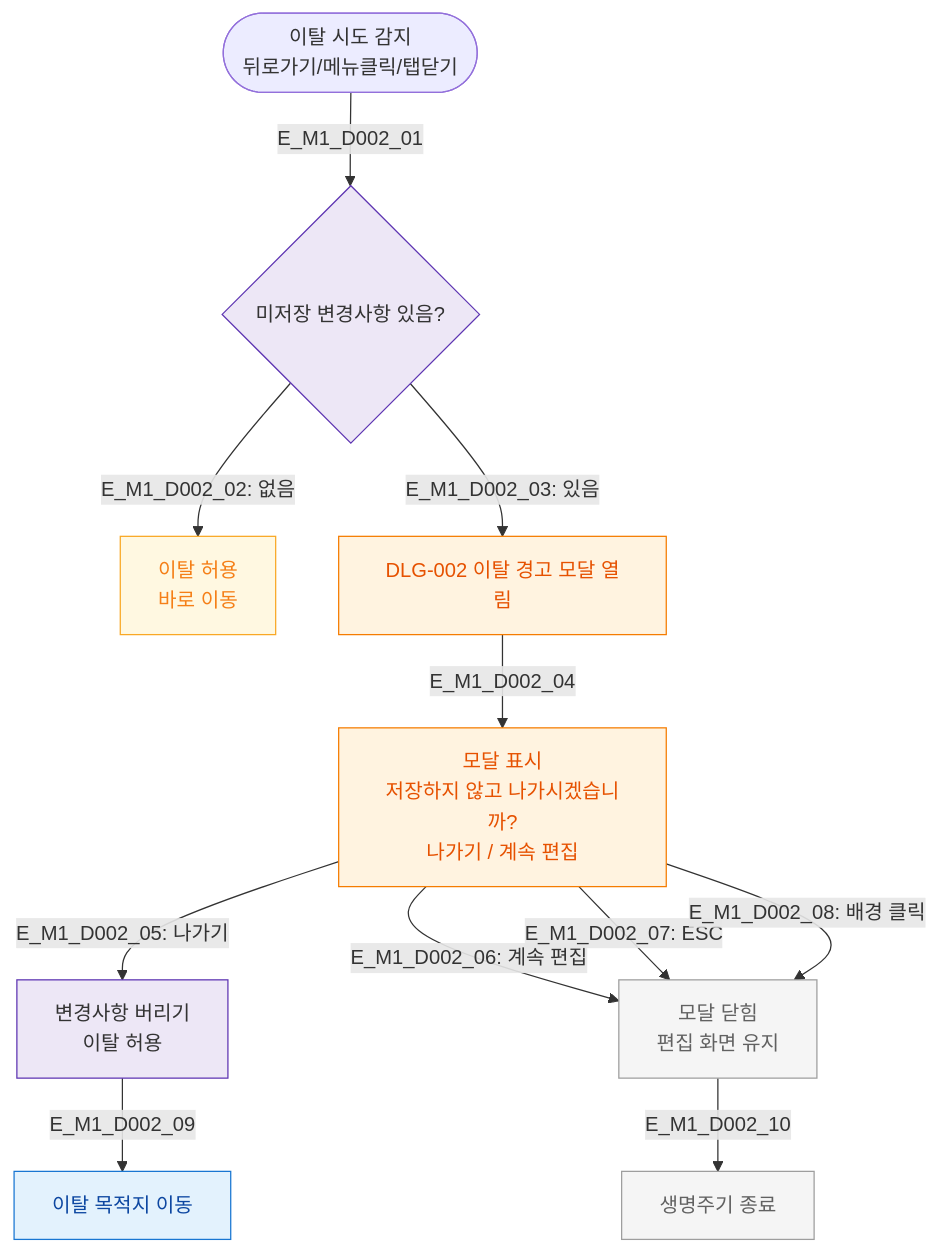
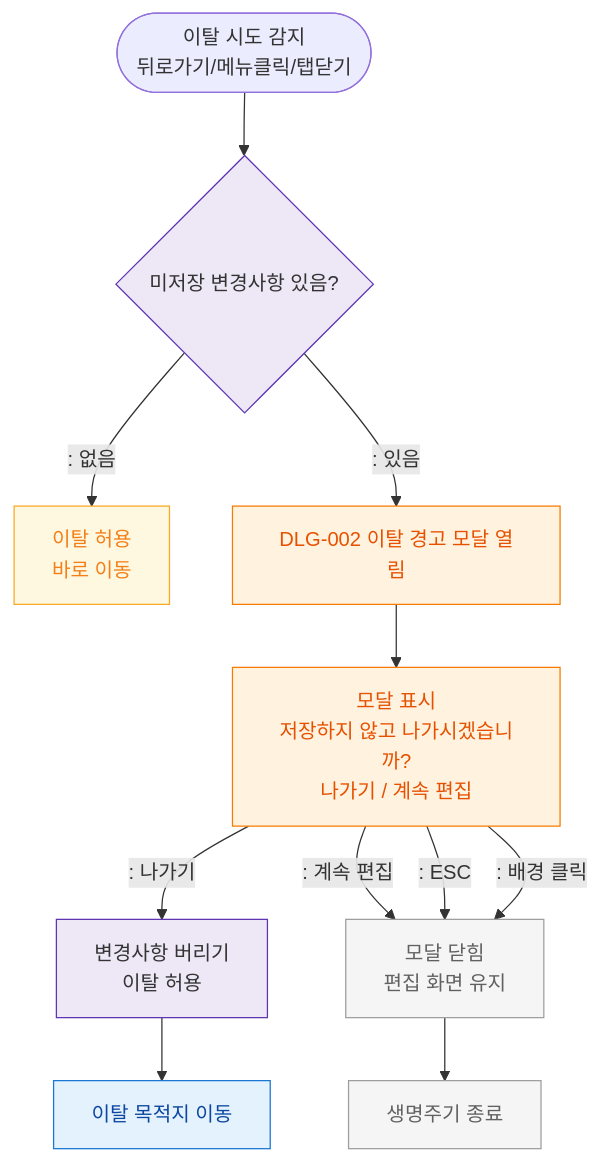
One commit to dev-spogym/admin-pando changed the diagram in docs/다이어그램/D01_공통/DLG/DLG-002_이탈경고/M1_생명주기.md. Above: the diagram before and after it, drawn with Mermaid. The commit also changed other lines of this file and 1660 other files, not shown here.

First line of the commit message:
다이어그램: 기획자/클라이언트 납품본으로 정리

````diff
--- a/docs/다이어그램/D01_공통/DLG/DLG-002_이탈경고/M1_생명주기.md
+++ b/docs/다이어그램/D01_공통/DLG/DLG-002_이탈경고/M1_생명주기.md
@@ -19,28 +17,28 @@
 ```mermaid
 flowchart TD
-    TRIGGER([이탈 시도 감지\n뒤로가기/메뉴클릭/탭닫기]) -->|E_M1_D002_01| DIRTY_CHECK{미저장 변경사항 있음?}
+    TRIGGER([이탈 시도 감지\n뒤로가기/메뉴클릭/탭닫기]) --> DIRTY_CHECK{미저장 변경사항 있음?}
 
-    DIRTY_CHECK -->|"E_M1_D002_02: 없음"| ALLOW_NAV[이탈 허용\n바로 이동]
-    DIRTY_CHECK -->|"E_M1_D002_03: 있음"| OPEN[DLG-002 이탈 경고 모달 열림]
+    DIRTY_CHECK -->|": 없음"|ALLOW_NAV[이탈 허용\n바로 이동]
+    DIRTY_CHECK -->|": 있음"|OPEN[DLG-002 이탈 경고 모달 열림]
 
-    OPEN -->|E_M1_D002_04| DISPLAY[모달 표시\n저장하지 않고 나가시겠습니까?\n나가기 / 계속 편집]
+    OPEN --> DISPLAY[모달 표시\n저장하지 않고 나가시겠습니까?\n나가기 / 계속 편집]
 
-    DISPLAY -->|"E_M1_D002_05: 나가기"| DISCARD[변경사항 버리기\n이탈 허용]
-    DISPLAY -->|"E_M1_D002_06: 계속 편집"| STAY[모달 닫힘\n편집 화면 유지]
-    DISPLAY -->|"E_M1_D002_07: ESC"| STAY
-    DISPLAY -->|"E_M1_D002_08: 배경 클릭"| STAY
+    DISPLAY -->|": 나가기"|DISCARD[변경사항 버리기\n이탈 허용]
+    DISPLAY -->|": 계속 편집"|STAY[모달 닫힘\n편집 화면 유지]
+    DISPLAY -->|": ESC"|STAY
+    DISPLAY -->|": 배경 클릭"|STAY
 
-    DISCARD -->|E_M1_D002_09| NAV[이탈 목적지 이동]
-    STAY -->|E_M1_D002_10| CLOSED[생명주기 종료]
+    DISCARD --> NAV[이탈 목적지 이동]
+    STAY --> CLOSED[생명주기 종료]
 
-    classDef screen  fill:#E3F2FD,stroke:#1976D2,color:#0D47A1
-    classDef modal   fill:#FFF3E0,stroke:#F57C00,color:#E65100
-    classDef system  fill:#EDE7F6,stroke:#5E35B2
+    classDef screen fill:#E3F2FD,stroke:#1976D2,color:#0D47A1
+    classDef modal fill:#FFF3E0,stroke:#F57C00,color:#E65100
+    classDef system fill:#EDE7F6,stroke:#5E35B2
     classDef warning fill:#FFF8E1,stroke:#F9A825,color:#F57F17
     classDef rbacBlocked fill:#F5F5F5,stroke:#9E9E9E,color:#616161
     class NAV screen
     class OPEN,DISPLAY modal
     class DIRTY_CHECK,DISCARD system
     class ALLOW_NAV warning
     class STAY,CLOSED rbacBlocked
 ```
````
